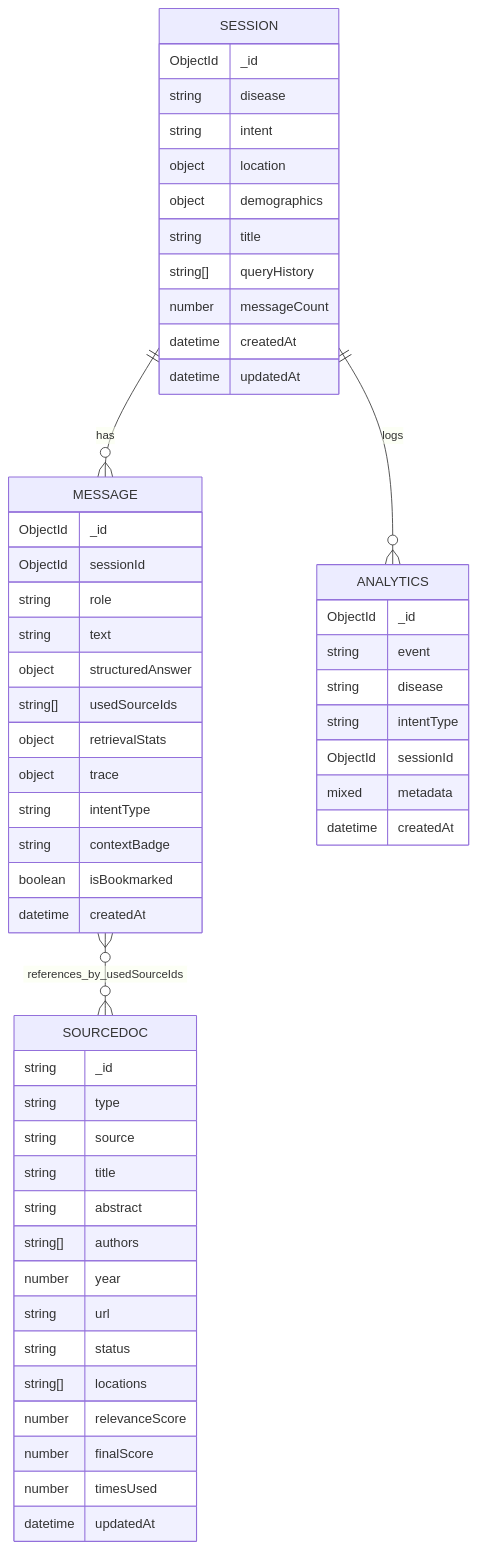
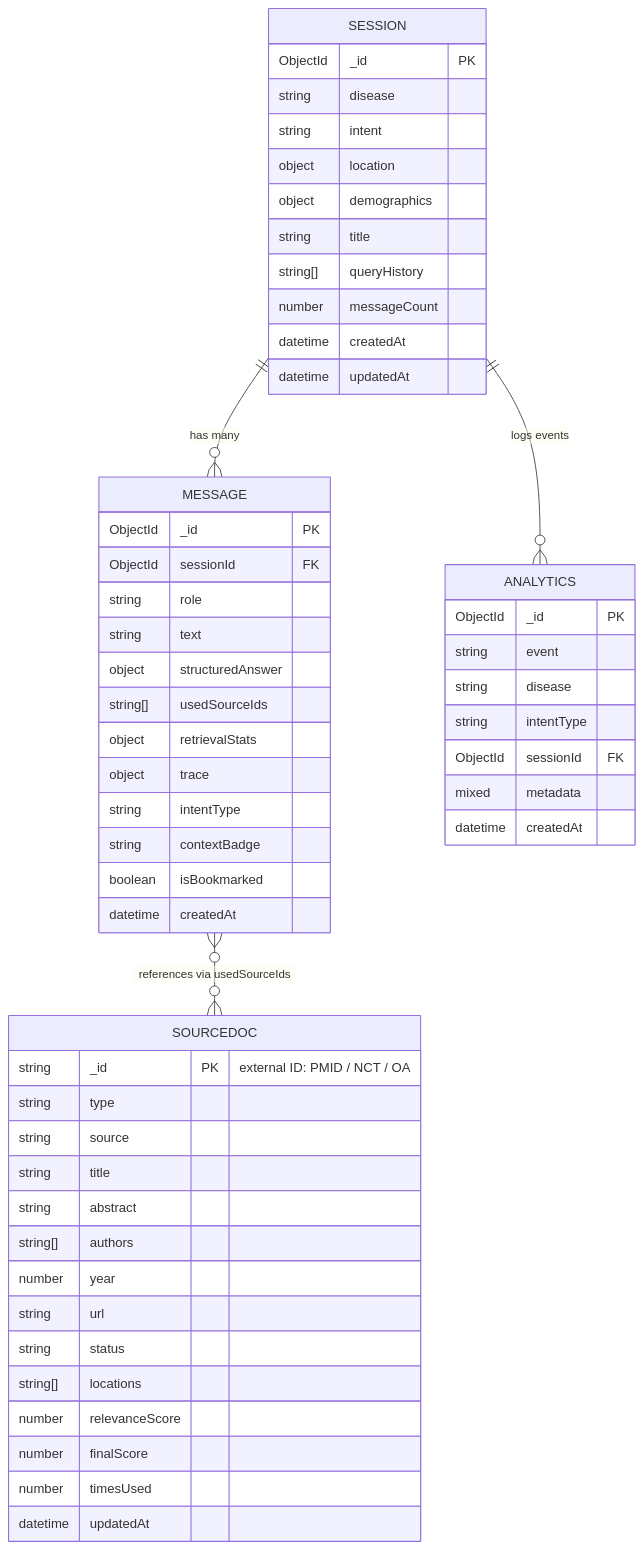
One commit to nikkkhil2935/Curalink changed the third of 3 diagrams in README.md. Above: the diagram before and after it, drawn with Mermaid. The commit also changed other lines of this file, not shown here.

````diff
--- a/README.md
+++ b/README.md
@@ -582,61 +868,61 @@
 ```mermaid
 erDiagram
-  SESSION ||--o{ MESSAGE : has
-  SESSION ||--o{ ANALYTICS : logs
-  MESSAGE }o--o{ SOURCEDOC : references_by_usedSourceIds
+  SESSION ||--o{ MESSAGE : "has many"
+  SESSION ||--o{ ANALYTICS : "logs events"
+  MESSAGE }o--o{ SOURCEDOC : "references via usedSourceIds"
 
   SESSION {
-    ObjectId _id
-    string disease
-    string intent
-    object location
-    object demographics
-    string title
-    string[] queryHistory
-    number messageCount
-    datetime createdAt
-    datetime updatedAt
+    ObjectId   _id         PK
+    string     disease
+    string     intent
+    object     location
+    object     demographics
+    string     title
+    string[]   queryHistory
+    number     messageCount
+    datetime   createdAt
+    datetime   updatedAt
   }
 
   MESSAGE {
-    ObjectId _id
-    ObjectId sessionId
-    string role
-    string text
-    object structuredAnswer
-    string[] usedSourceIds
-    object retrievalStats
-    object trace
-    string intentType
-    string contextBadge
-    boolean isBookmarked
-    datetime createdAt
+    ObjectId   _id              PK
+    ObjectId   sessionId        FK
+    string     role
+    string     text
+    object     structuredAnswer
+    string[]   usedSourceIds
+    object     retrievalStats
+    object     trace
+    string     intentType
+    string     contextBadge
+    boolean    isBookmarked
+    datetime   createdAt
   }
 
   SOURCEDOC {
-    string _id
-    string type
-    string source
-    string title
-    string abstract
-    string[] authors
-    number year
-    string url
-    string status
-    string[] locations
-    number relevanceScore
-    number finalScore
-    number timesUsed
-    datetime updatedAt
+    string     _id              PK "external ID: PMID / NCT / OA"
+    string     type
+    string     source
+    string     title
+    string     abstract
+    string[]   authors
+    number     year
+    string     url
+    string     status
+    string[]   locations
+    number     relevanceScore
+    number     finalScore
+    number     timesUsed
+    datetime   updatedAt
   }
 
   ANALYTICS {
-    ObjectId _id
-    string event
-    string disease
-    string intentType
-    ObjectId sessionId
-    mixed metadata
-    datetime createdAt
+    ObjectId   _id         PK
+    string     event
+    string     disease
+    string     intentType
+    ObjectId   sessionId   FK
+    mixed      metadata
+    datetime   createdAt
   }
 ```
````
